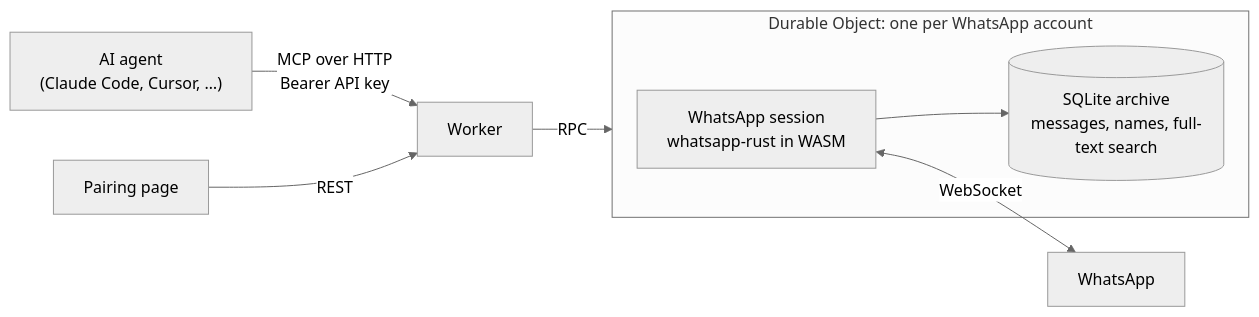
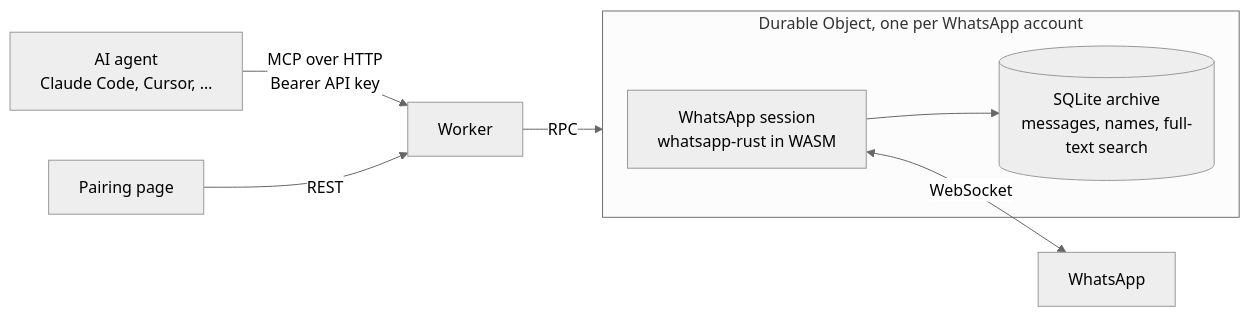
One commit to felipeadeildo/whatsapp-mcp changed the diagram in README.md. Above: the diagram before and after it, drawn with Mermaid (neutral theme). The commit also changed other lines of this file, not shown here.

````diff
--- a/README.md
+++ b/README.md
@@ -18,12 +24,12 @@
 ```mermaid
 flowchart LR
-  agent["AI agent<br/>(Claude Code, Cursor, …)"] -- "MCP over HTTP<br/>Bearer API key" --> worker["Worker"]
+  agent["AI agent<br/>Claude Code, Cursor, …"] -- "MCP over HTTP<br/>Bearer API key" --> worker["Worker"]
   browser["Pairing page"] -- "REST" --> worker
   worker -- "RPC" --> account
-  subgraph account["Durable Object: one per WhatsApp account"]
+  subgraph account["Durable Object, one per WhatsApp account"]
     socket["WhatsApp session<br/>whatsapp-rust in WASM"]
     archive[("SQLite archive<br/>messages, names, full-text search")]
     socket --> archive
   end
   socket <-- "WebSocket" --> whatsapp["WhatsApp"]
 ```
````
